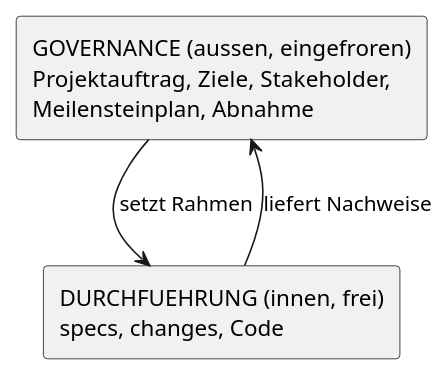
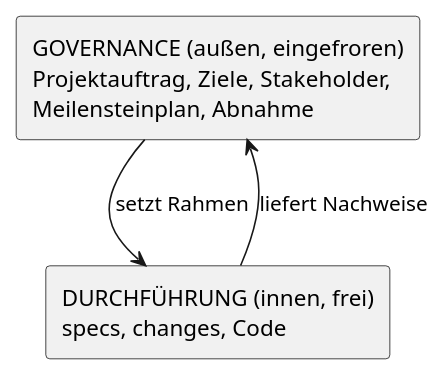
The diagram in templates/governance/antragsfelder-und-openspec.adoc (htl-leonding-college/curriculum-syp3), drawn with PlantUML before and after one commit. The commit also changed other lines of this file and 83 other files, not shown here.

```diff
--- a/templates/governance/antragsfelder-und-openspec.adoc
+++ b/templates/governance/antragsfelder-und-openspec.adoc
@@ -20,11 +20,11 @@
 [plantuml,ebenen,svg]
 ----
 @startuml
 skinparam monochrome true
 skinparam shadowing false
-rectangle "GOVERNANCE (aussen, eingefroren)\nProjektauftrag, Ziele, Stakeholder,\nMeilensteinplan, Abnahme" as G
-rectangle "DURCHFUEHRUNG (innen, frei)\nspecs, changes, Code" as D
+rectangle "GOVERNANCE (außen, eingefroren)\nProjektauftrag, Ziele, Stakeholder,\nMeilensteinplan, Abnahme" as G
+rectangle "DURCHFÜHRUNG (innen, frei)\nspecs, changes, Code" as D
 G -down-> D : setzt Rahmen
 D -up-> G : liefert Nachweise
 @enduml
 ----
```
